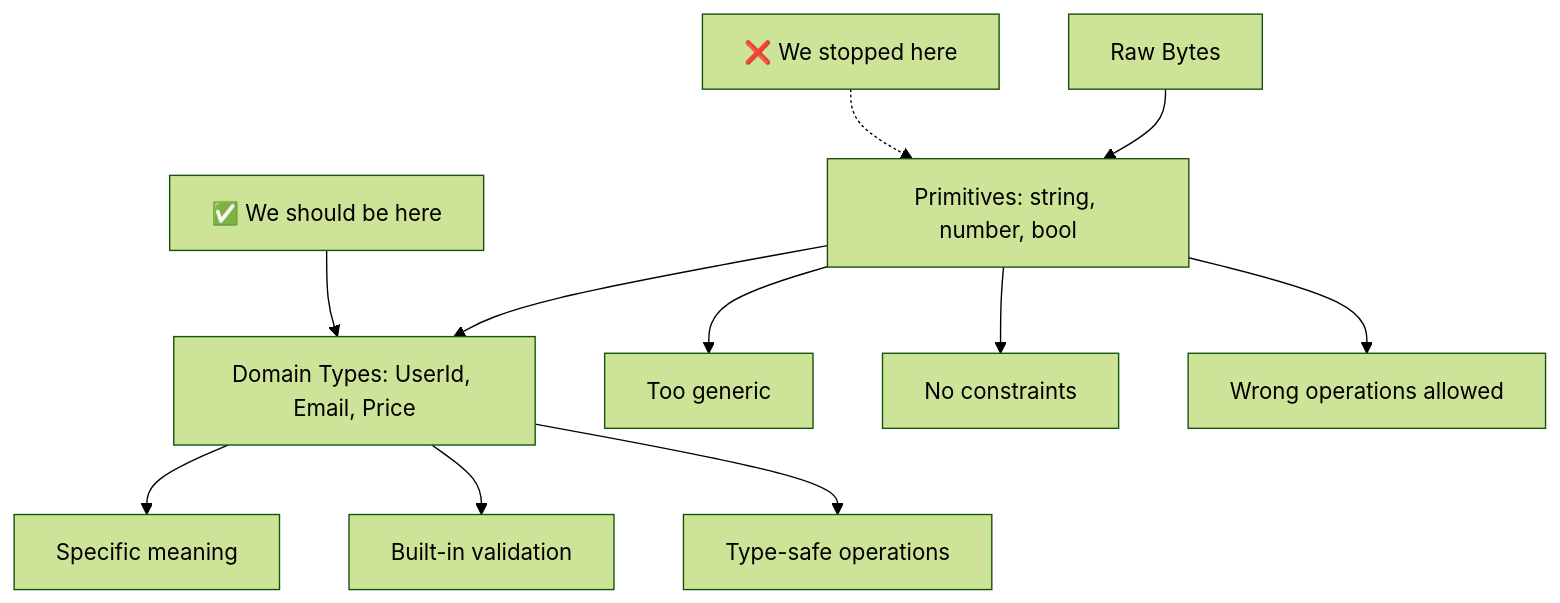
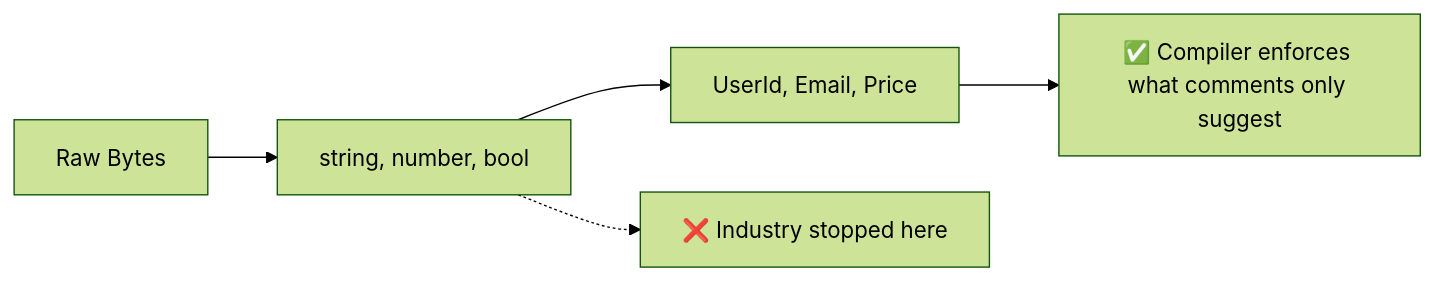
The first of 3 diagrams in content/docs/fundamentals/2-primitives.mdx (Almaju/blog), drawn with Mermaid (forest theme) before and after one commit. The commit also changed other lines of this file and 5 other files, not shown here.

````diff
--- a/content/docs/fundamentals/2-primitives.mdx
+++ b/content/docs/fundamentals/2-primitives.mdx
@@ -11,25 +11,11 @@
 ```mermaid
-graph TD
-    A[Raw Bytes] --> B[Primitives: string, number, bool]
-    B --> C[Domain Types: UserId, Email, Price]
-    
-    D[❌ We stopped here] -.-> B
-    E[✅ We should be here] --> C
-    
-    B --> F[Too generic]
-    B --> G[No constraints]
-    B --> H[Wrong operations allowed]
-    
-    C --> I[Specific meaning]
-    C --> J[Built-in validation]
-    C --> K[Type-safe operations]
-    
-    style D red
-    style E green
-    style F red
-    style G red
-    style H red
-    style I green
-    style J green
-    style K green
+graph LR
+    A[Raw Bytes] --> B[string, number, bool]
+    B --> C[UserId, Email, Price]
+
+    B -.-> D[❌ Industry stopped here]
+    C --> E[✅ Compiler enforces what comments only suggest]
+
+    class D red
+    class E green
 ```
````
